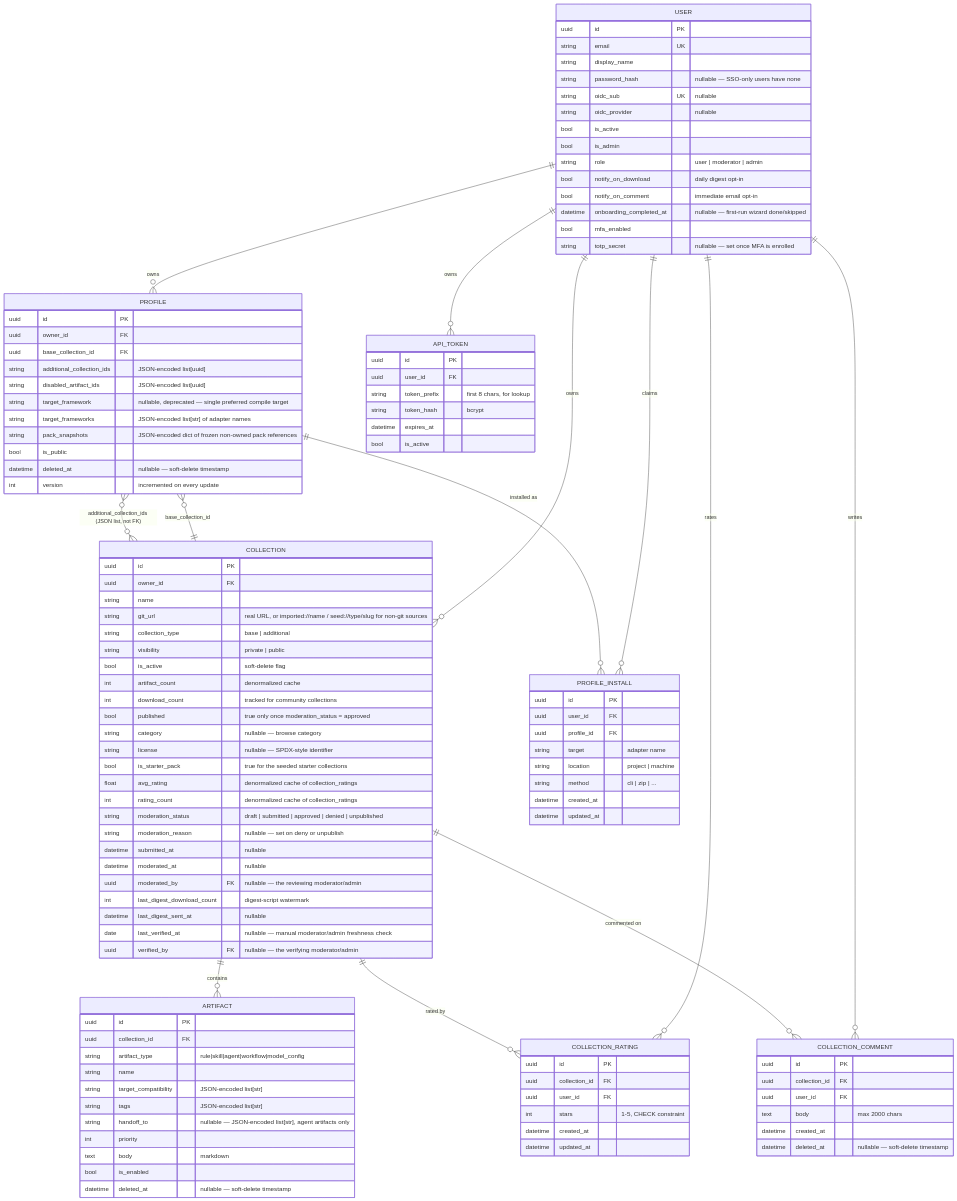
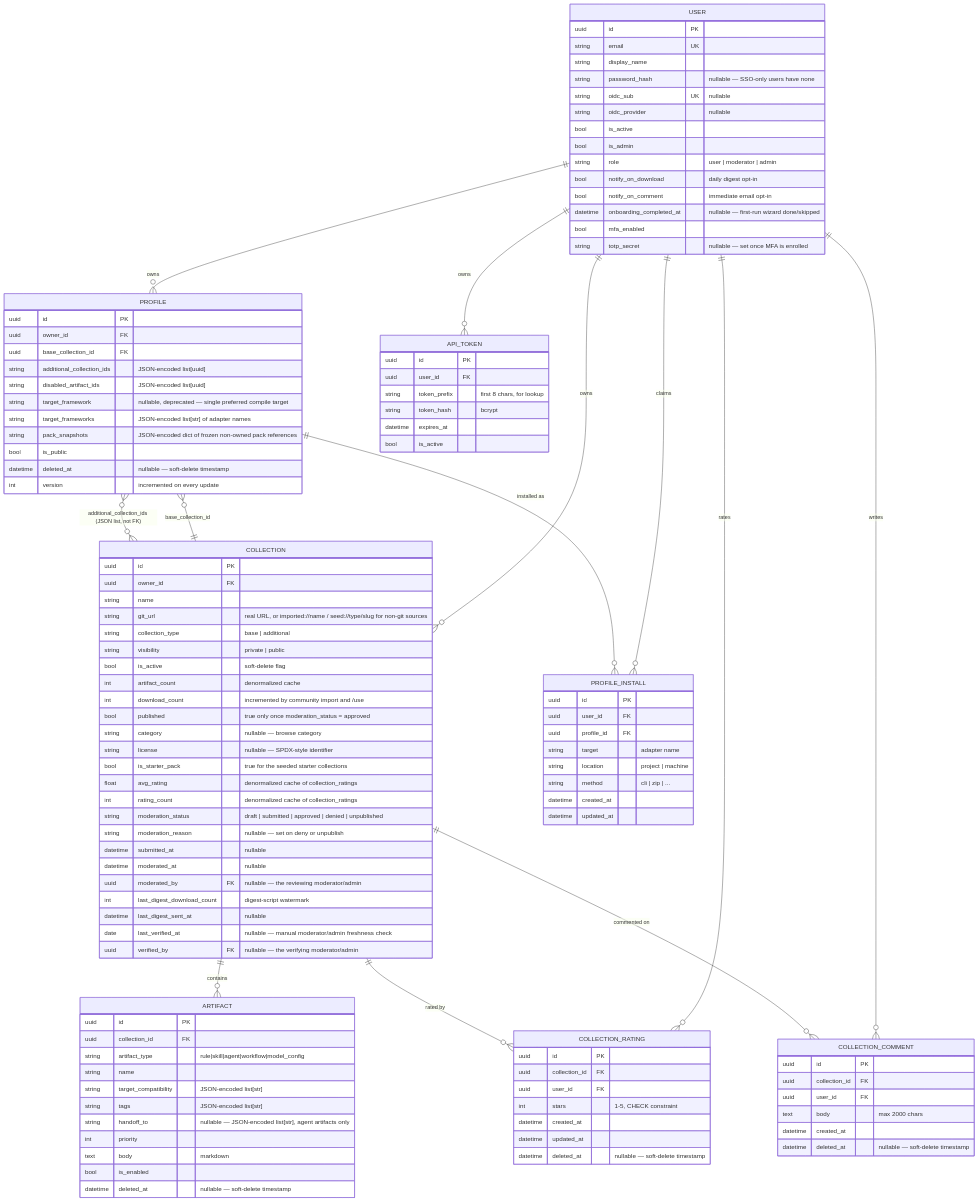
The diagram in docs/data-model.md (niels-emmer/myace), drawn with Mermaid before and after one commit. The commit also changed other lines of this file and 16 other files, not shown here.

```diff
--- a/docs/data-model.md
+++ b/docs/data-model.md
@@ -46,7 +47,7 @@
         string visibility "private | public"
         bool is_active "soft-delete flag"
         int artifact_count "denormalized cache"
-        int download_count "tracked for community collections"
+        int download_count "incremented by community import and /use"
         bool published "true only once moderation_status = approved"
         string category "nullable — browse category"
         string license "nullable — SPDX-style identifier"
@@ -114,6 +115,7 @@
         int stars "1-5, CHECK constraint"
         datetime created_at
         datetime updated_at
+        datetime deleted_at "nullable — soft-delete timestamp"
     }
     COLLECTION_COMMENT {
         uuid id PK
```
